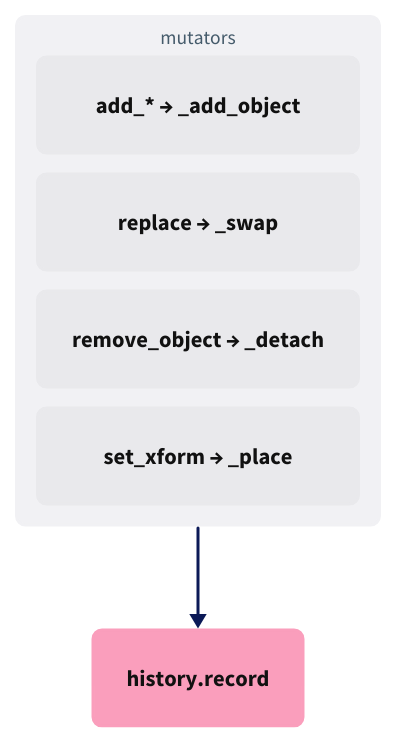
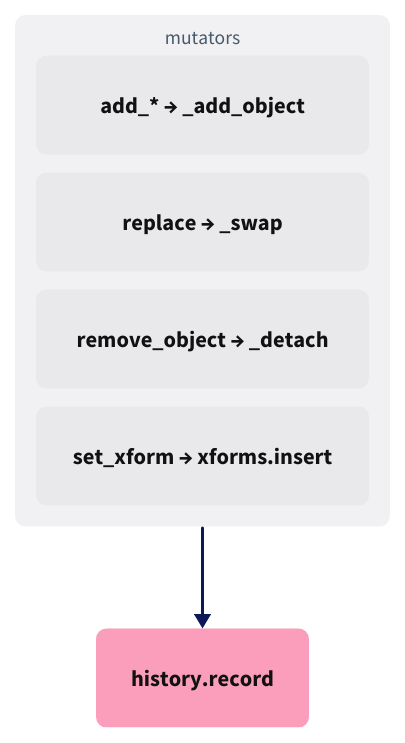
The diagram in session_viewer/docs/diagrams/20-03.d2 (petrasvestartas/session), drawn with D2 before and after one commit. The commit also changed 55 other files, not shown here.

```diff
--- a/session_viewer/docs/diagrams/20-03.d2
+++ b/session_viewer/docs/diagrams/20-03.d2
@@ -1,20 +1,20 @@
 vars: { d2-config: { layout-engine: elk; pad: 20; theme-id: 0 } }
 style: { fill: "#ffffff" }
 classes: {
   box:   { style: { fill: "#e9e9ec"; stroke: "#e9e9ec"; border-radius: 6; font-size: 15; font-color: "#111111" } }
   focus: { style: { fill: "#fa9ebc"; stroke: "#fa9ebc"; border-radius: 6; font-size: 15; font-color: "#111111" } }
 }
 direction: down
 
 M: "mutators" {
   style: { fill: "#f1f1f4"; stroke: "#f1f1f4"; border-radius: 6; font-color: "#455b6b"; font-size: 13 }
   grid-columns: 1
   grid-gap: 14
   A: "add_* → _add_object" { class: box }
   P: "replace → _swap" { class: box }
   D: "remove_object → _detach" { class: box }
-  Xf: "set_xform → _place" { class: box }
+  Xf: "set_xform → xforms.insert" { class: box }
 }
 H: "history.record" { class: focus }
 
 M -> H { style: { stroke: "#0b1957"; stroke-width: 2; font-size: 13; font-color: "#455b6b" } }
```
